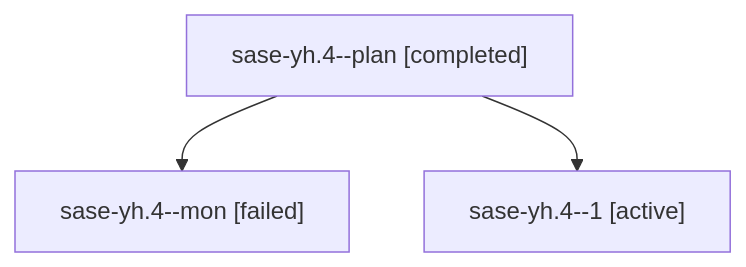
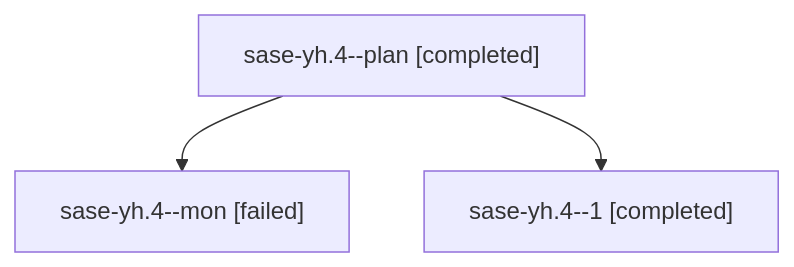
The diagram in families/bbugyi200.athena.sase-yh.4.md (sase-org/sase--agents), drawn with Mermaid before and after one commit. The commit also changed other lines of this file and 80 other files, not shown here.

````diff
--- a/families/bbugyi200.athena.sase-yh.4.md
+++ b/families/bbugyi200.athena.sase-yh.4.md
@@ -9,8 +9,8 @@
 ```mermaid
 flowchart TD
   n0["sase-yh.4--plan [completed]"]
   n1["sase-yh.4--mon [failed]"]
   n0 --> n1
-  n2["sase-yh.4--1 [active]"]
+  n2["sase-yh.4--1 [completed]"]
   n0 --> n2
 ```
````
